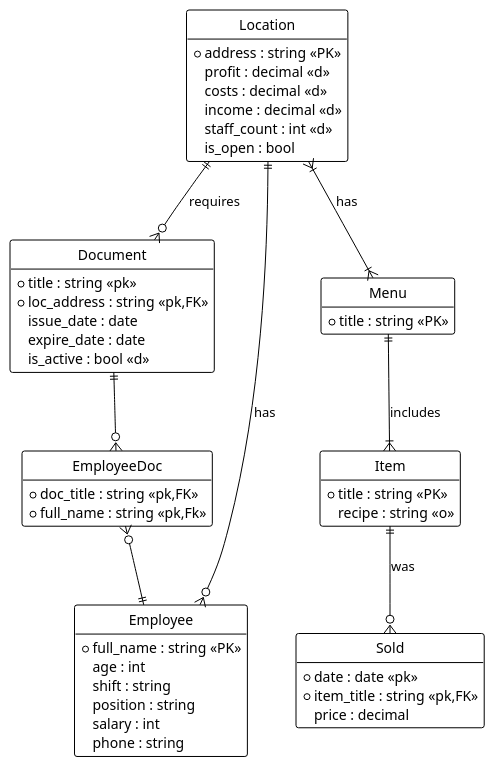
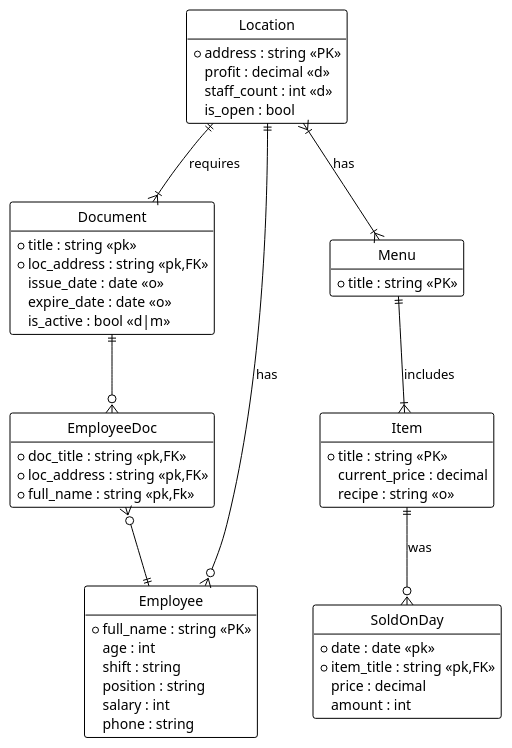
Before and after one commit to MihajloVat/KPI_labs_3_sem: the diagram in lab1/diagrams/crows_foot/er_crowsfoot.puml, drawn with PlantUML. The commit also changed 6 other files, not shown here.

```diff
--- a/lab1/diagrams/crows_foot/er_crowsfoot.puml
+++ b/lab1/diagrams/crows_foot/er_crowsfoot.puml
@@ -1,60 +1,61 @@
 @startuml
 !theme plain
 hide circle
 hide methods
 
 entity "Location" as loc {
 *address : string <<PK>>
 profit : decimal <<d>>
-costs : decimal <<d>>
-income : decimal <<d>>
 staff_count : int <<d>>
 is_open : bool
 }
 
 entity "Document" as doc {
 *title : string <<pk>>
 *loc_address : string <<pk,FK>>
-issue_date : date
-expire_date : date
-is_active : bool <<d>>
+issue_date : date <<o>>
+expire_date : date <<o>>
+is_active : bool <<d|m>>
 }
 
 entity "Employee" as emp {
 *full_name : string <<PK>>
 age : int
 shift : string
 position : string
 salary : int
 phone : string
 }
 
 entity "Menu" as menu {
 *title : string <<PK>>
 }
 
 entity "Item" as item {
 *title : string <<PK>>
+current_price : decimal
 recipe : string <<o>>
 }
 
-entity "Sold" as sold {
+entity "SoldOnDay" as sold {
 *date : date <<pk>>
 *item_title : string <<pk,FK>>
 price : decimal
+amount : int
 }
 
 entity "EmployeeDoc" as empDoc {
 *doc_title : string <<pk,FK>>
+*loc_address : string <<pk,FK>>
 *full_name : string <<pk,Fk>>
 }
 
-loc ||--o{ doc : "requires"
+loc ||--|{ doc : "requires"
 loc }|--|{ menu : "has"
 loc ||--o{ emp : "has"
 menu ||--|{ item : "includes"
 item ||--o{ sold : "was"
 doc ||--o{ empDoc
 empDoc }o--|| emp
 
 @enduml
```
